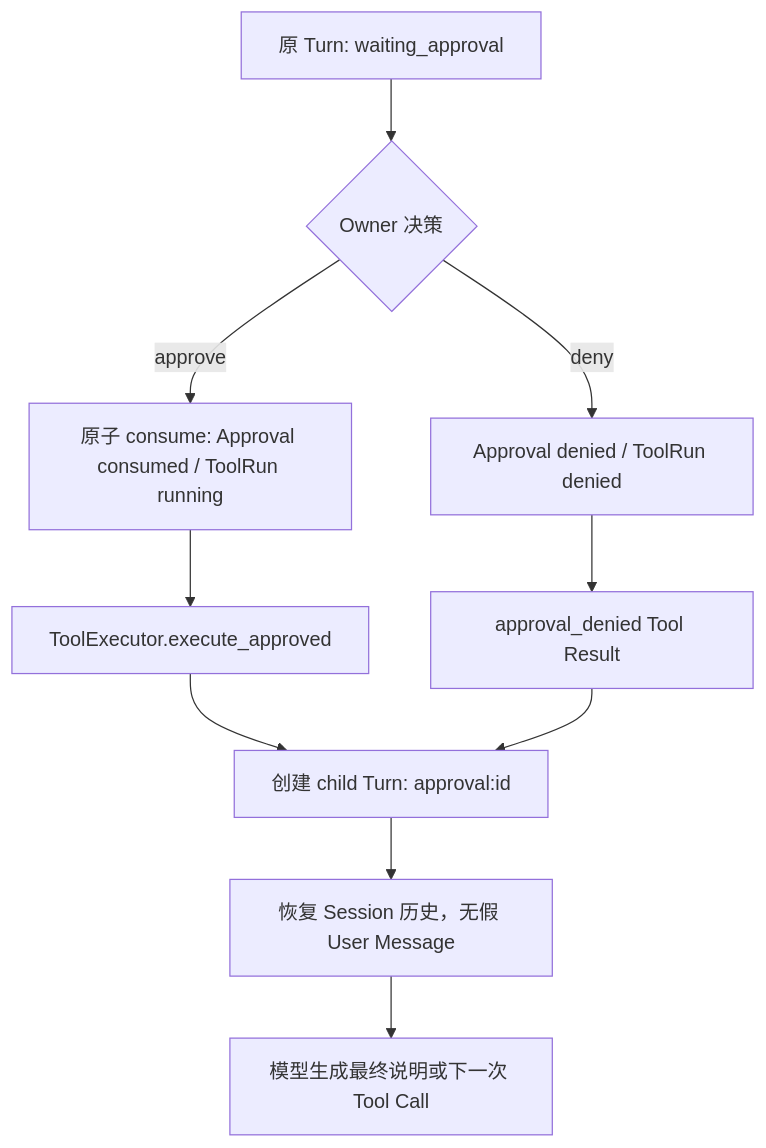
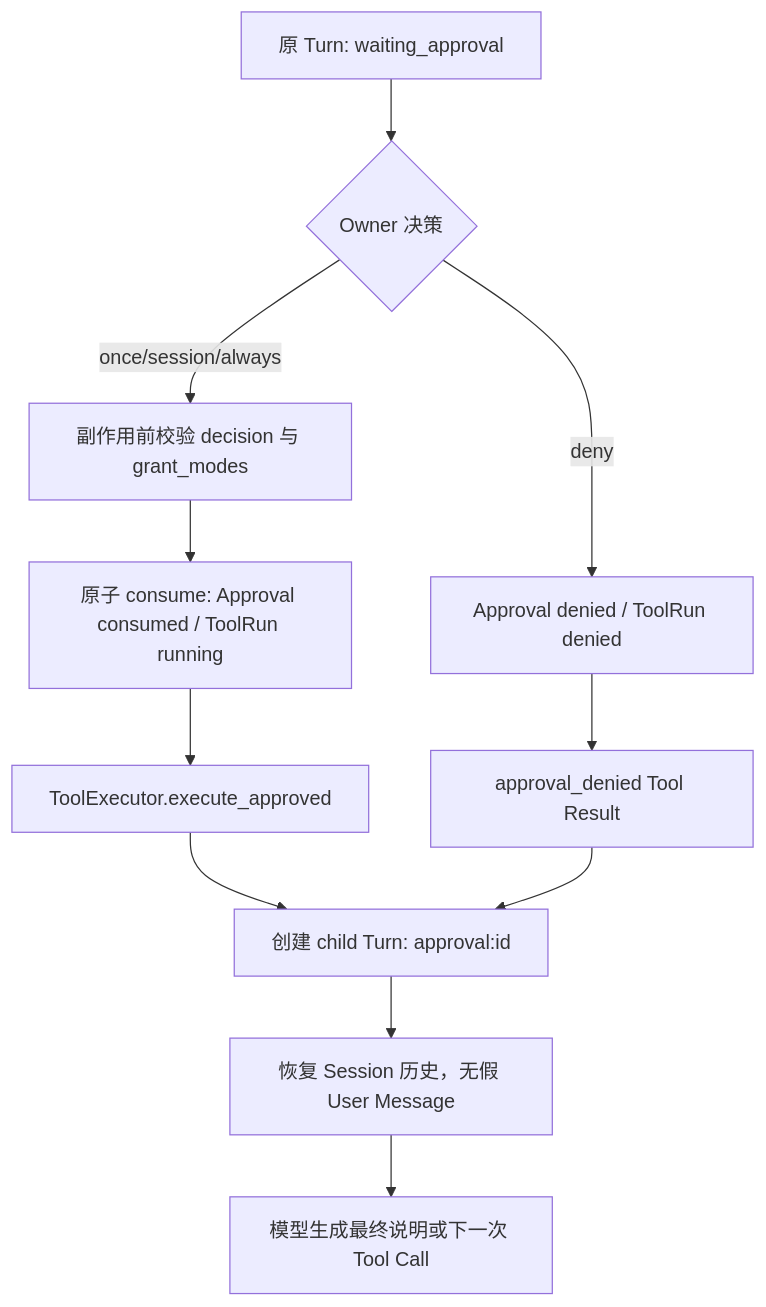
The sixth of 7 diagrams in docs/engineering/phase-2/approval-lifecycle.md (NEDONION/lobster0), drawn with Mermaid before and after one commit. The commit also changed other lines of this file and 18 other files, not shown here.

````diff
--- a/docs/engineering/phase-2/approval-lifecycle.md
+++ b/docs/engineering/phase-2/approval-lifecycle.md
@@ -245,12 +248,13 @@
 ```mermaid
 flowchart TD
     P["原 Turn: waiting_approval"] --> D{"Owner 决策"}
-    D -->|approve| C["原子 consume: Approval consumed / ToolRun running"]
+    D -->|once/session/always| V["副作用前校验 decision 与 grant_modes"]
+    V --> C["原子 consume: Approval consumed / ToolRun running"]
     D -->|deny| N["Approval denied / ToolRun denied"]
     C --> X["ToolExecutor.execute_approved"]
     N --> T["approval_denied Tool Result"]
     X --> CHILD["创建 child Turn: approval:id"]
     T --> CHILD
     CHILD --> HISTORY["恢复 Session 历史，无假 User Message"]
     HISTORY --> MODEL["模型生成最终说明或下一次 Tool Call"]
 ```
````
